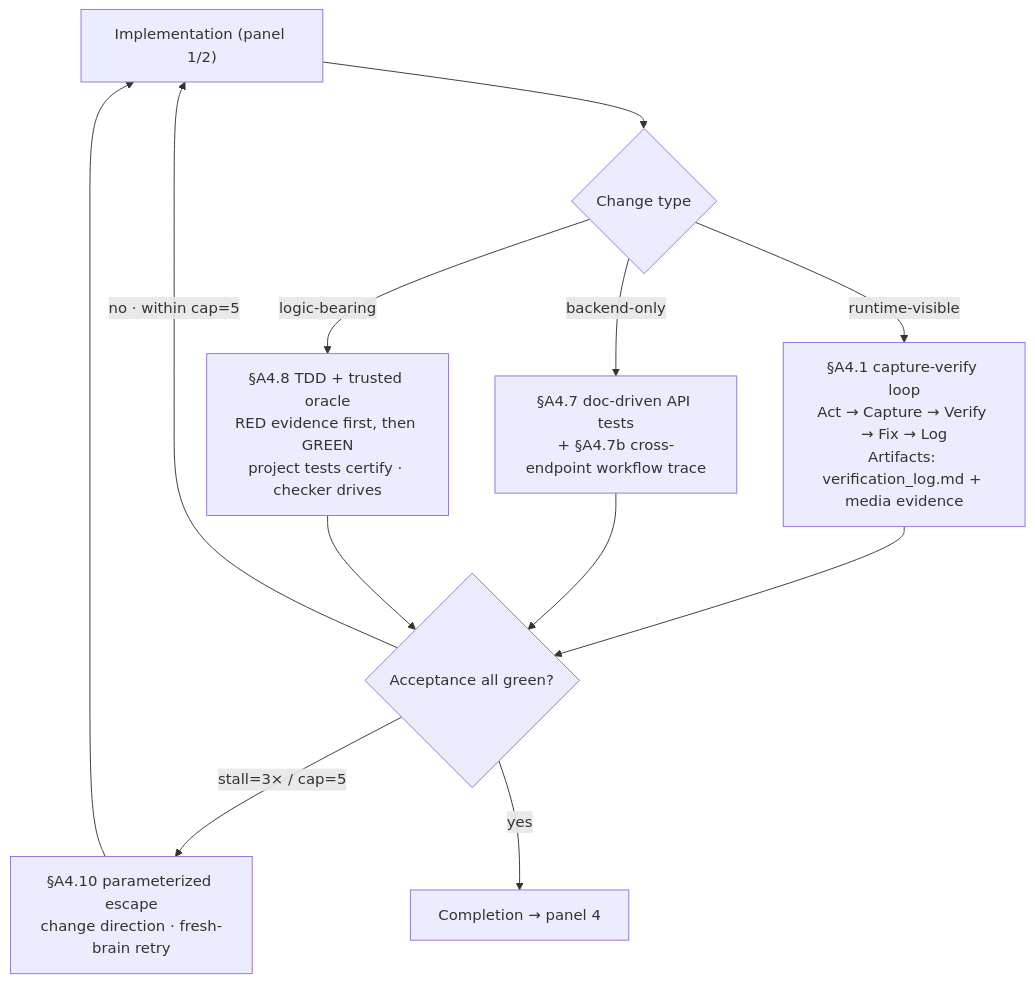
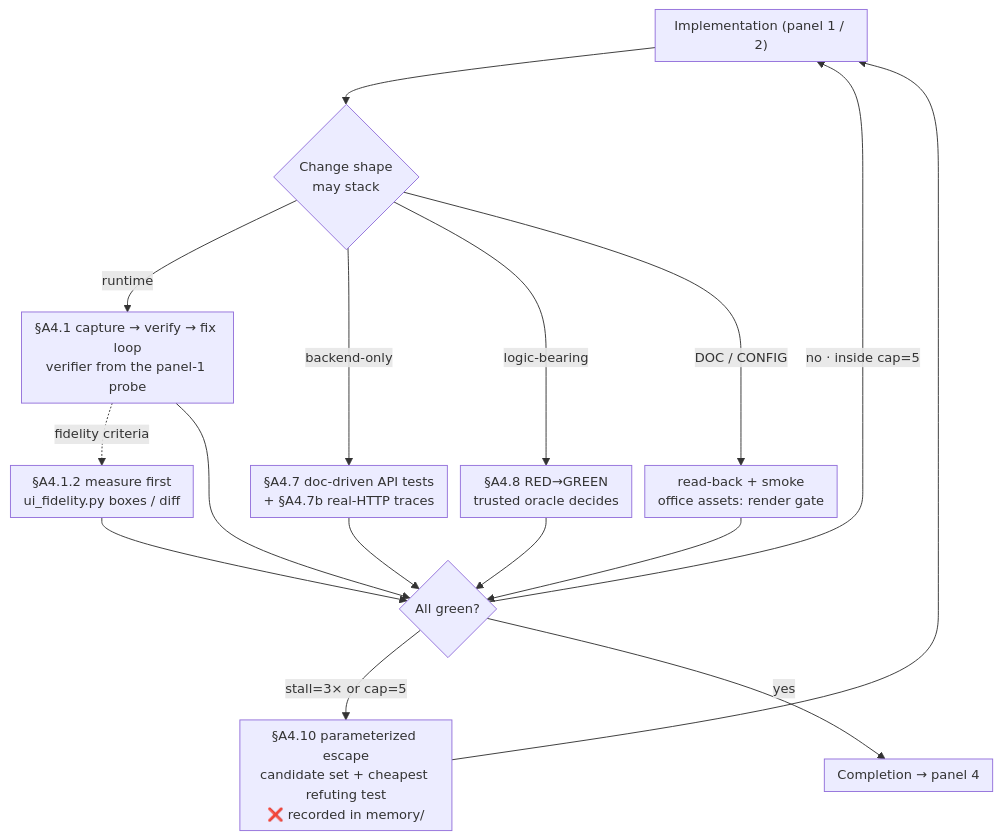
The diagram in docs/assets/workflow-3-en.mmd (logandoo/vibeweaver), drawn with Mermaid before and after one commit. The commit also changed 17 other files, not shown here.

First line of the commit message:
docs(readme): align workflow graphs with the payload, plain out the prose

```diff
--- a/docs/assets/workflow-3-en.mmd
+++ b/docs/assets/workflow-3-en.mmd
@@ -1,12 +1,17 @@
+%%{init: {"flowchart": {"nodeSpacing": 14, "rankSpacing": 46, "padding": 7}, "themeVariables": {"fontSize": "14px"}}}%%
 flowchart TD
-    E["Implementation (panel 1/2)"] --> F{"Change type"}
-    F -->|"runtime-visible"| G1["§A4.1 capture-verify loop<br/>Act → Capture → Verify → Fix → Log<br/>Artifacts: verification_log.md + media evidence"]
-    F -->|"backend-only"| G2["§A4.7 doc-driven API tests<br/>+ §A4.7b cross-endpoint workflow trace"]
-    F -->|"logic-bearing"| G3["§A4.8 TDD + trusted oracle<br/>RED evidence first, then GREEN<br/>project tests certify · checker drives"]
-    G1 --> H{"Acceptance all green?"}
+    E["Implementation (panel 1 / 2)"] --> F{"Change shape<br/>may stack"}
+    F -->|"runtime"| G1["§A4.1 capture → verify → fix loop<br/>verifier from the panel-1 probe"]
+    F -->|"backend-only"| G2["§A4.7 doc-driven API tests<br/>+ §A4.7b real-HTTP traces"]
+    F -->|"logic-bearing"| G3["§A4.8 RED→GREEN<br/>trusted oracle decides"]
+    F -->|"DOC / CONFIG"| G5["read-back + smoke<br/>office assets: render gate"]
+    G1 -.->|"fidelity criteria"| G4["§A4.1.2 measure first<br/>ui_fidelity.py boxes / diff"]
+    G1 --> H{"All green?"}
     G2 --> H
     G3 --> H
-    H -->|"no · within cap=5"| E
-    H -->|"stall=3× / cap=5"| I["§A4.10 parameterized escape<br/>change direction · fresh-brain retry"]
+    G4 --> H
+    G5 --> H
+    H -->|"no · inside cap=5"| E
+    H -->|"stall=3× or cap=5"| I["§A4.10 parameterized escape<br/>candidate set + cheapest refuting test<br/>❌ recorded in memory/"]
     I --> E
     H -->|"yes"| J["Completion → panel 4"]
```
